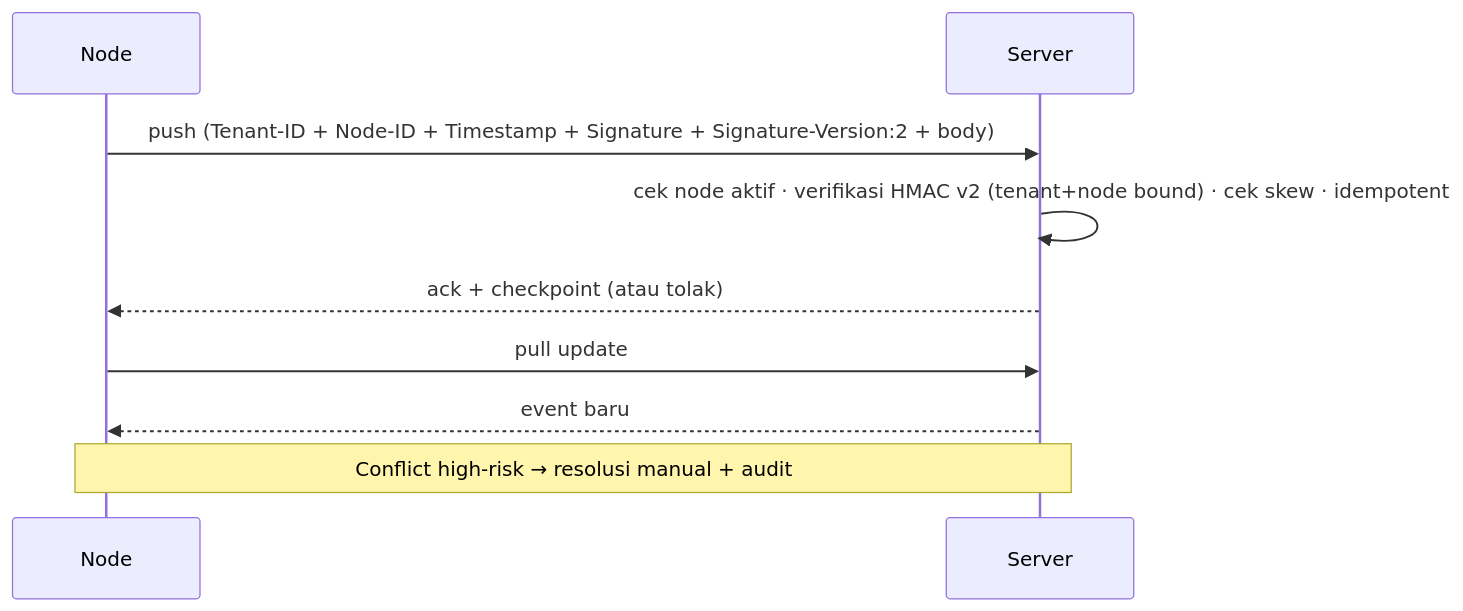
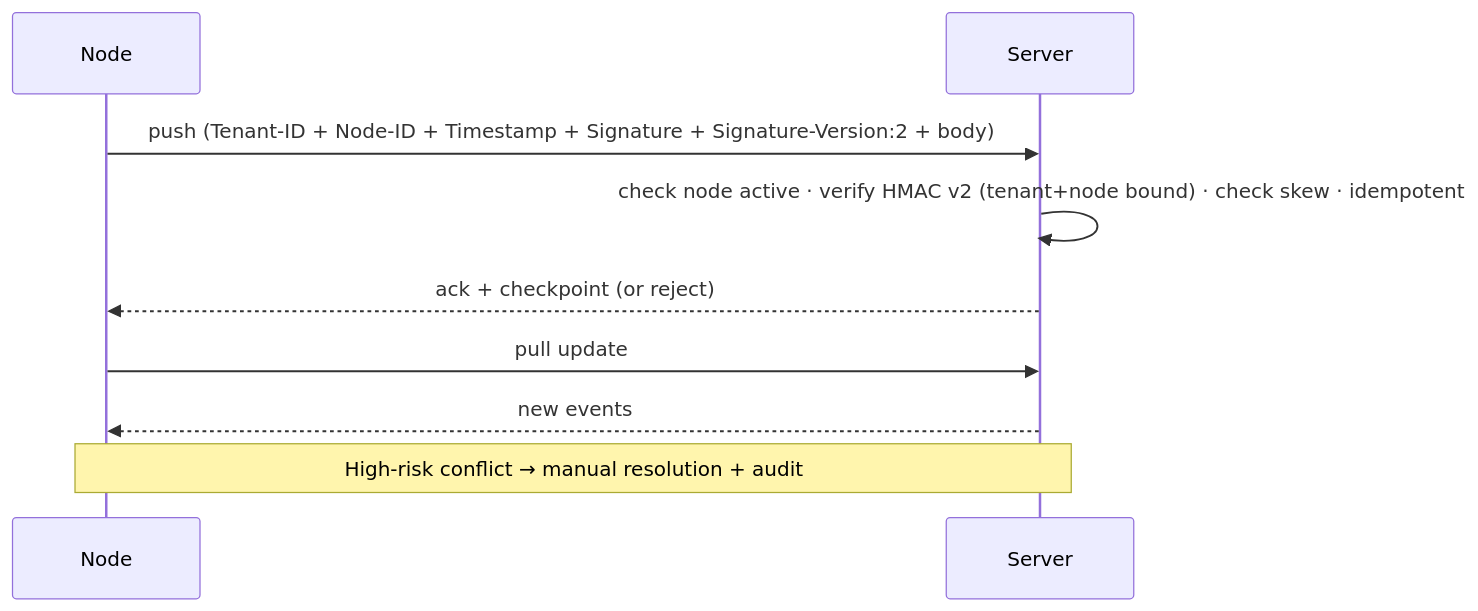
One commit to ahliweb/awcms changed the diagram in .claude/skills/awcms-sync-hmac/SKILL.md. Above: the diagram before and after it, drawn with Mermaid. The commit also changed other lines of this file and 603 other files, not shown here.

````diff
--- a/.claude/skills/awcms-sync-hmac/SKILL.md
+++ b/.claude/skills/awcms-sync-hmac/SKILL.md
@@ -100,11 +102,11 @@
 ```mermaid
 sequenceDiagram
   participant N as Node
   participant S as Server
   N->>S: push (Tenant-ID + Node-ID + Timestamp + Signature + Signature-Version:2 + body)
-  S->>S: cek node aktif · verifikasi HMAC v2 (tenant+node bound) · cek skew · idempotent
-  S-->>N: ack + checkpoint (atau tolak)
+  S->>S: check node active · verify HMAC v2 (tenant+node bound) · check skew · idempotent
+  S-->>N: ack + checkpoint (or reject)
   N->>S: pull update
-  S-->>N: event baru
-  Note over N,S: Conflict high-risk → resolusi manual + audit
+  S-->>N: new events
+  Note over N,S: High-risk conflict → manual resolution + audit
 ```
````
